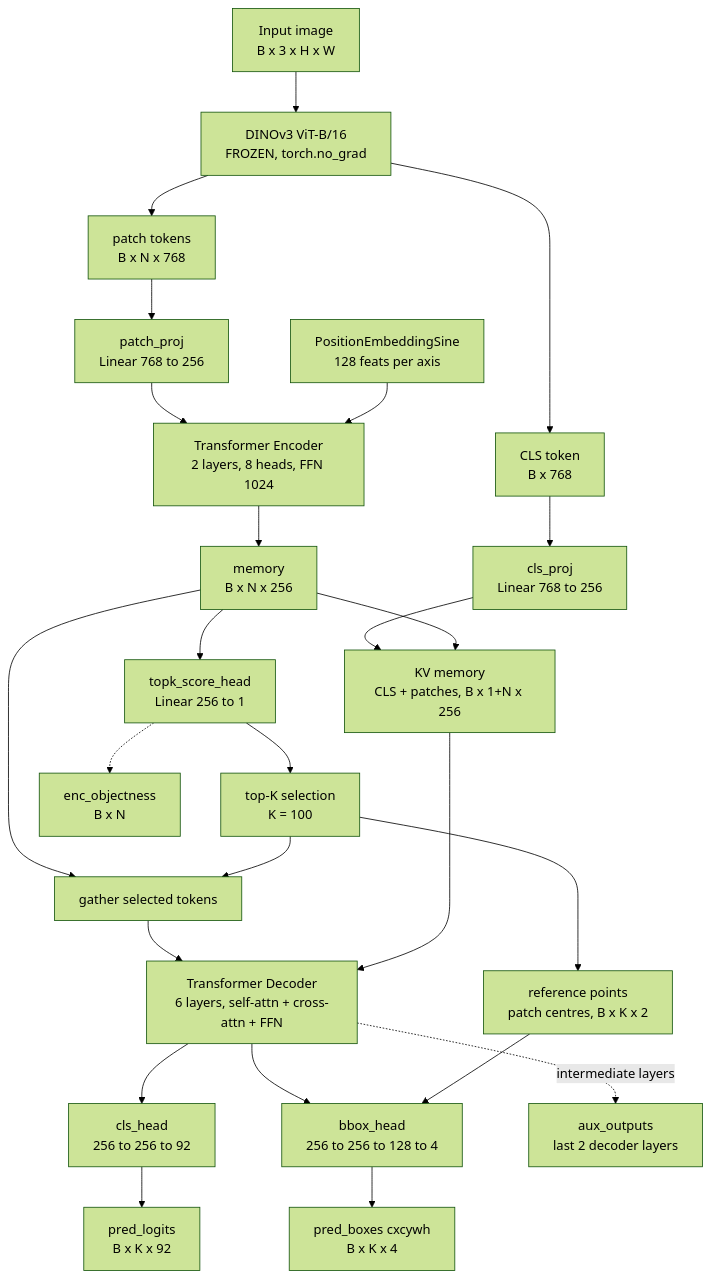
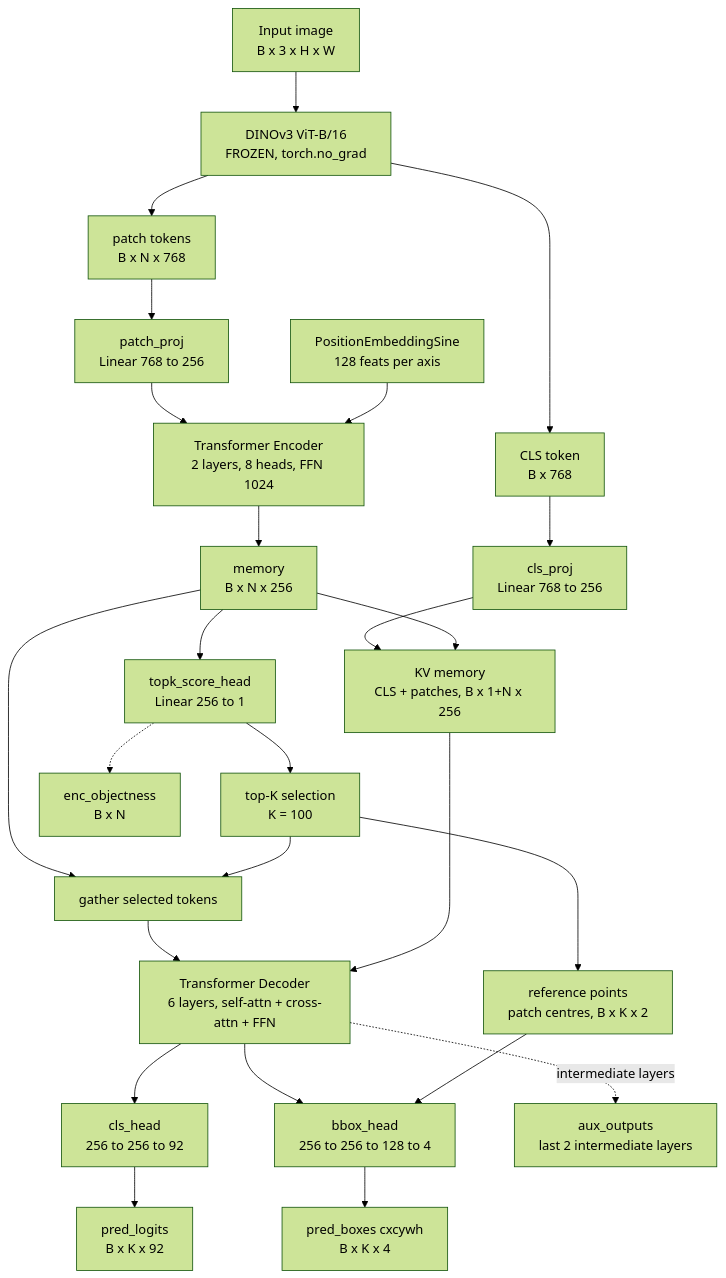
One commit to ChiaWei0804/dinov3_detr changed the diagram in README.md. Above: the diagram before and after it, drawn with Mermaid (forest theme). The commit also changed other lines of this file, not shown here.

````diff
--- a/README.md
+++ b/README.md
@@ -177,33 +180,33 @@
 ```mermaid
 flowchart TD
     IMG["Input image<br/>B x 3 x H x W"] --> BB["DINOv3 ViT-B/16<br/>FROZEN, torch.no_grad"]
     BB --> PT["patch tokens<br/>B x N x 768"]
     BB --> CT["CLS token<br/>B x 768"]
 
     PT --> PP["patch_proj<br/>Linear 768 to 256"]
     CT --> CP["cls_proj<br/>Linear 768 to 256"]
     PP --> ENC
 
     POS["PositionEmbeddingSine<br/>128 feats per axis"] --> ENC
     ENC["Transformer Encoder<br/>2 layers, 8 heads, FFN 1024"] --> MEM["memory<br/>B x N x 256"]
 
     MEM --> OBJ["topk_score_head<br/>Linear 256 to 1"]
     OBJ --> TOPK["top-K selection<br/>K = 100"]
     MEM --> GATHER["gather selected tokens"]
     TOPK --> GATHER
     TOPK --> REF["reference points<br/>patch centres, B x K x 2"]
 
     GATHER --> DEC
     CP --> KV["KV memory<br/>CLS + patches, B x 1+N x 256"]
     MEM --> KV
     KV --> DEC["Transformer Decoder<br/>6 layers, self-attn + cross-attn + FFN"]
 
     DEC --> CLSH["cls_head<br/>256 to 256 to 92"]
     DEC --> BBH["bbox_head<br/>256 to 256 to 128 to 4"]
     REF --> BBH
 
     CLSH --> OUT1["pred_logits<br/>B x K x 92"]
     BBH --> OUT2["pred_boxes cxcywh<br/>B x K x 4"]
-    DEC -.intermediate layers.-> AUX["aux_outputs<br/>last 2 decoder layers"]
+    DEC -.intermediate layers.-> AUX["aux_outputs<br/>last 2 intermediate layers"]
     OBJ -.-> OUT3["enc_objectness<br/>B x N"]
 ```
````
